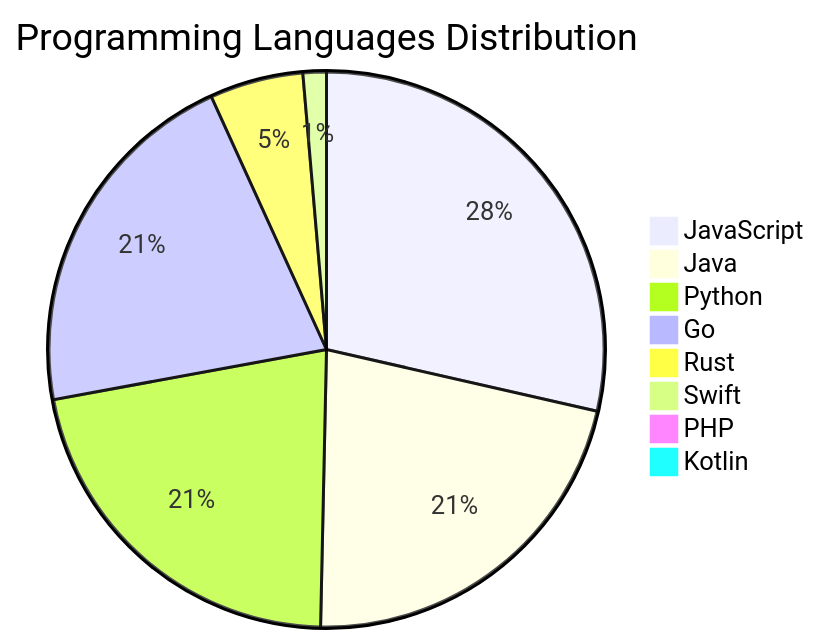
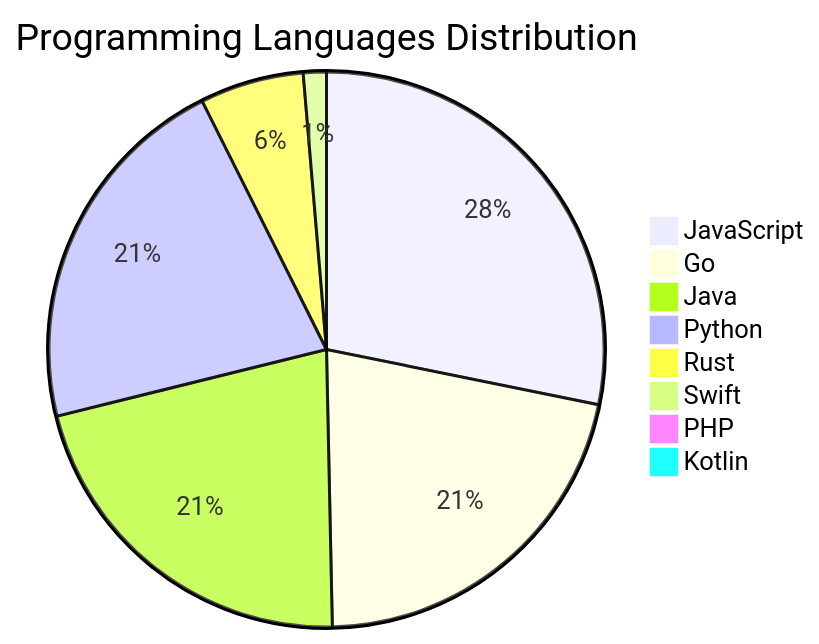
Before and after one commit to Derrick-MUGISHA/github-activity-bot: the diagram in README.md, drawn with Mermaid. The commit also changed other lines of this file and 4 other files, not shown here.

````diff
--- a/README.md
+++ b/README.md
@@ -208,11 +208,11 @@
 ```mermaid
 pie title Programming Languages Distribution
     "JavaScript" : 42
+    "Go" : 32
     "Java" : 32
     "Python" : 32
-    "Go" : 31
-    "Rust" : 8
+    "Rust" : 9
     "Swift" : 2
     "PHP" : 1
     "Kotlin" : 1
 ```
````
